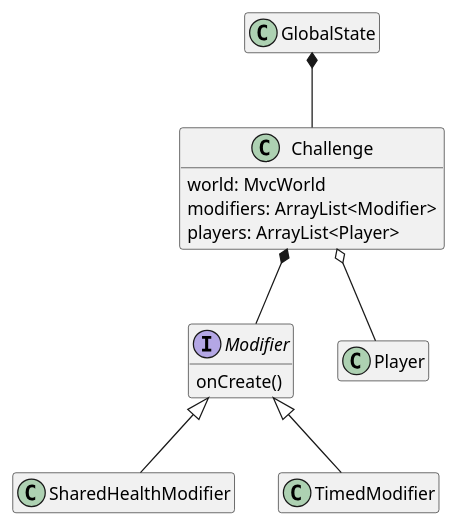
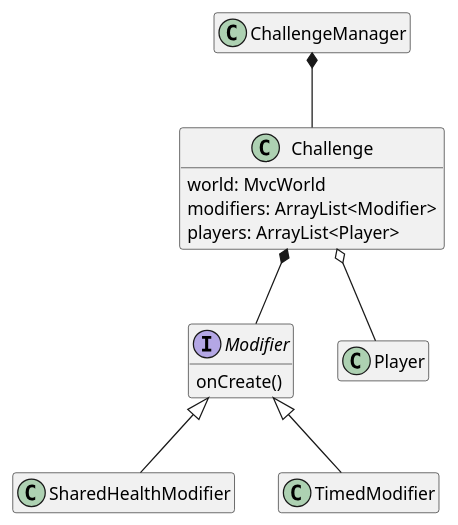
Before and after one commit to justmedev/papermc-challenge-api-plugin: the diagram in architecture_v2.puml, drawn with PlantUML. The commit also changed 11 other files, not shown here.

```diff
--- a/architecture_v2.puml
+++ b/architecture_v2.puml
@@ -1,32 +1,32 @@
 @startuml
 hide empty members
 hide empty methods
 
 interface Modifier {
   onCreate()
 }
 
 class SharedHealthModifier
 
 class TimedModifier
 
 class Challenge {
   world: MvcWorld
   modifiers: ArrayList<Modifier>
   players: ArrayList<Player>
 }
 
 class Player
 
-class GlobalState
+class ChallengeManager
 
 Modifier <|-- SharedHealthModifier
 Modifier <|-- TimedModifier
 Challenge *-- Modifier
 
 Challenge o-- Player
 'ActiveChallenge *-- Challenge
 'ActiveChallenge *-- Player
 
-GlobalState *-- Challenge
+ChallengeManager *-- Challenge
 @enduml
```
